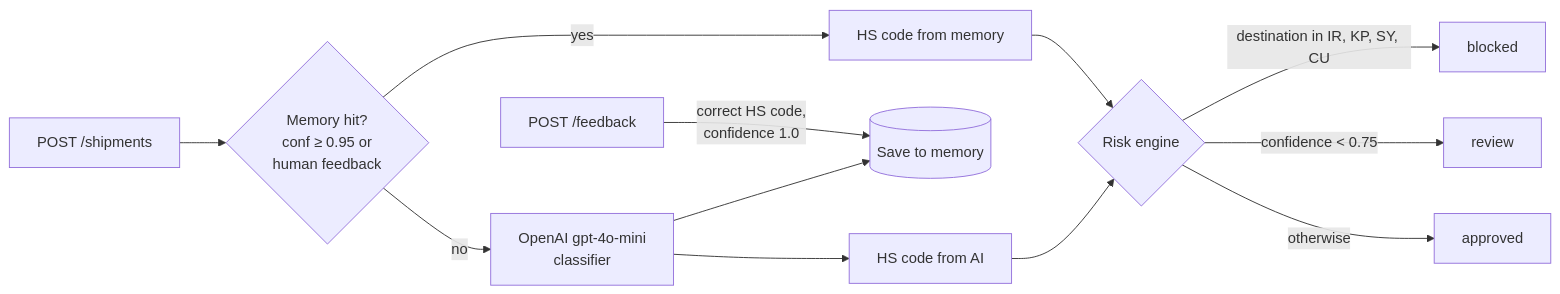
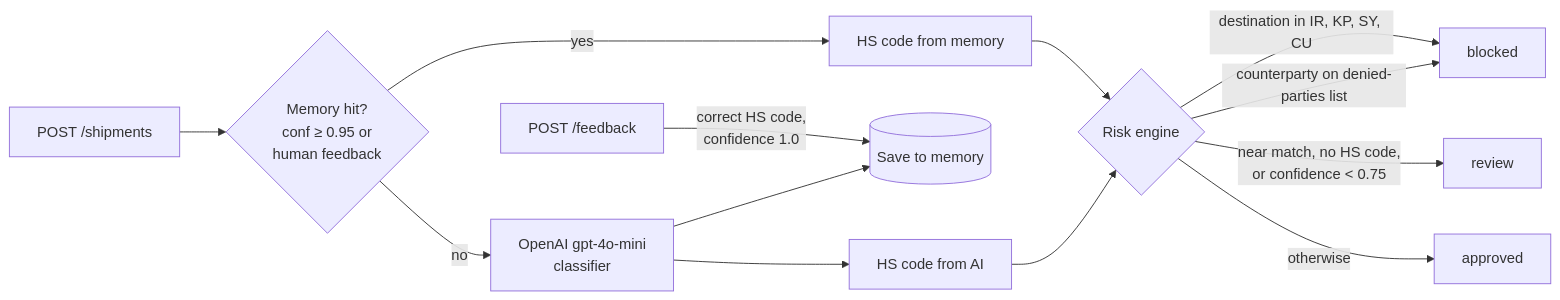
One commit to AdityaShekhawat0504/export-agent changed the diagram in README.md. Above: the diagram before and after it, drawn with Mermaid. The commit also changed other lines of this file and 2 other files, not shown here.

````diff
--- a/README.md
+++ b/README.md
@@ -17,14 +19,15 @@
 ```mermaid
 flowchart LR
     A[POST /shipments] --> B{Memory hit?<br/>conf ≥ 0.95 or<br/>human feedback}
     B -- yes --> D[HS code from memory]
     B -- no --> C[OpenAI gpt-4o-mini<br/>classifier]
     C --> E[(Save to memory)]
     C --> D2[HS code from AI]
     D --> R{Risk engine}
     D2 --> R
     R -- "destination in IR, KP, SY, CU" --> X[blocked]
-    R -- "confidence < 0.75" --> V[review]
+    R -- "counterparty on denied-parties list" --> X
+    R -- "near match, no HS code,<br/>or confidence < 0.75" --> V[review]
     R -- otherwise --> OK[approved]
     F[POST /feedback] -->|"correct HS code,<br/>confidence 1.0"| E
 ```
````
